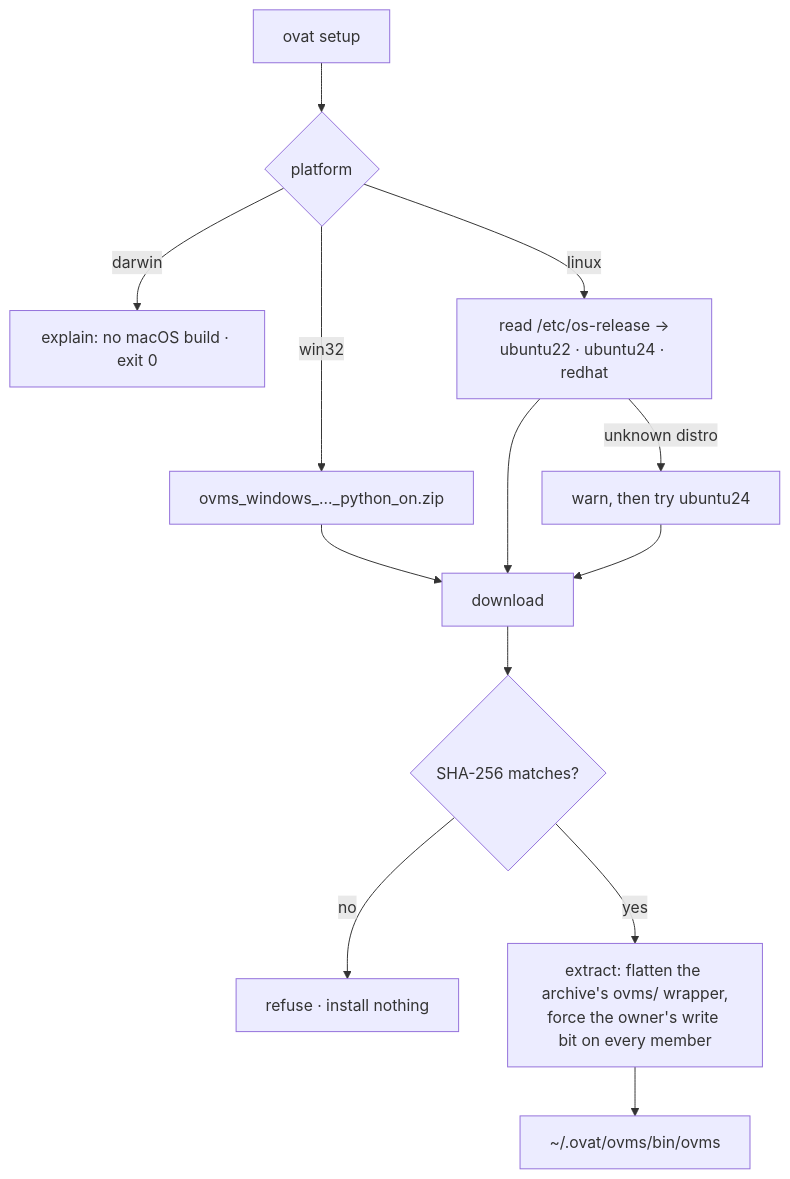
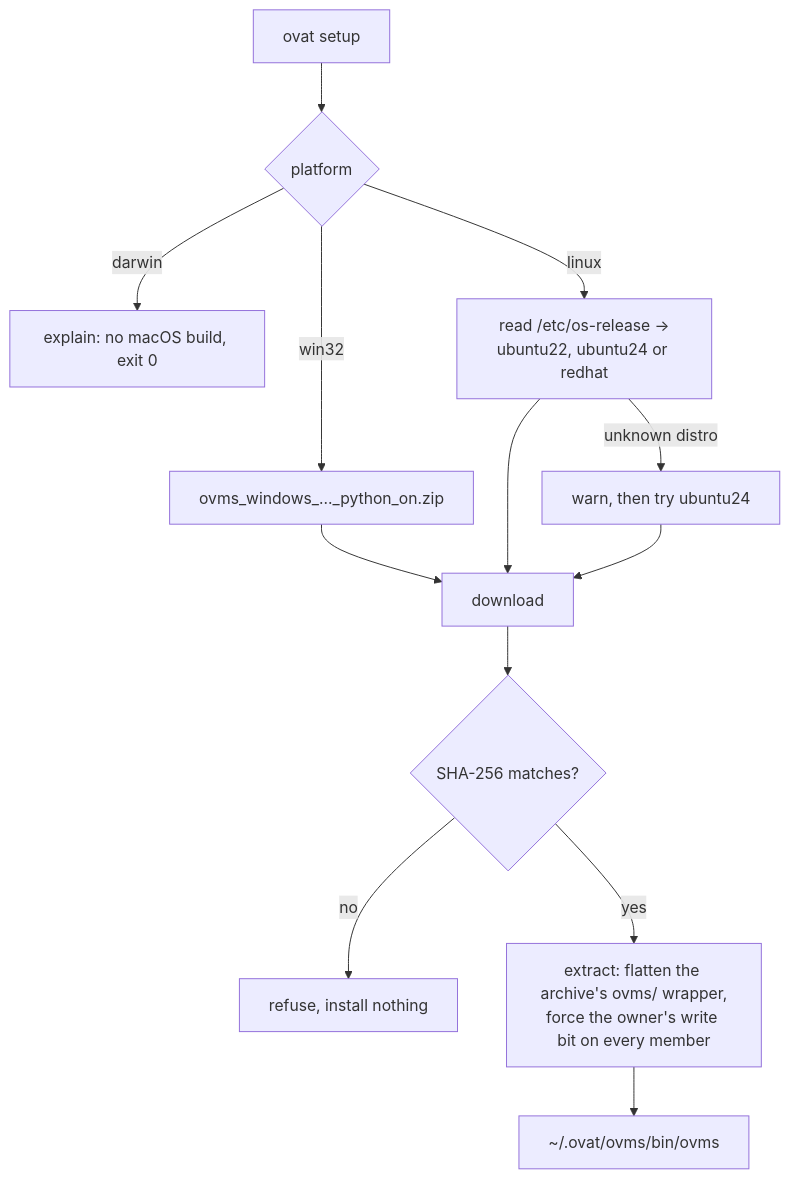
The sixth of 11 diagrams in docs/ARCHITECTURE.md (Lagmator22/ovat), drawn with Mermaid before and after one commit. The commit also changed other lines of this file, not shown here.

First line of the commit message:
docs(architecture): diagrams, the docs site, and what changed since 1.0

````diff
--- a/docs/ARCHITECTURE.md
+++ b/docs/ARCHITECTURE.md
@@ -426,15 +553,15 @@
 ```mermaid
 flowchart TD
     S["ovat setup"] --> P{"platform"}
-    P -->|darwin| M["explain: no macOS build · exit 0"]
+    P -->|darwin| M["explain: no macOS build, exit 0"]
     P -->|win32| W["ovms_windows_..._python_on.zip"]
-    P -->|linux| L["read /etc/os-release →<br/>ubuntu22 · ubuntu24 · redhat"]
+    P -->|linux| L["read /etc/os-release →<br/>ubuntu22, ubuntu24 or redhat"]
     L -->|unknown distro| WARN["warn, then try ubuntu24"]
     W --> DL["download"]
     L --> DL
     WARN --> DL
     DL --> SHA{"SHA-256 matches?"}
-    SHA -->|no| STOP["refuse · install nothing"]
+    SHA -->|no| STOP["refuse, install nothing"]
     SHA -->|yes| EX["extract: flatten the archive's ovms/ wrapper,<br/>force the owner's write bit on every member"]
     EX --> R["~/.ovat/ovms/bin/ovms"]
 ```
````
